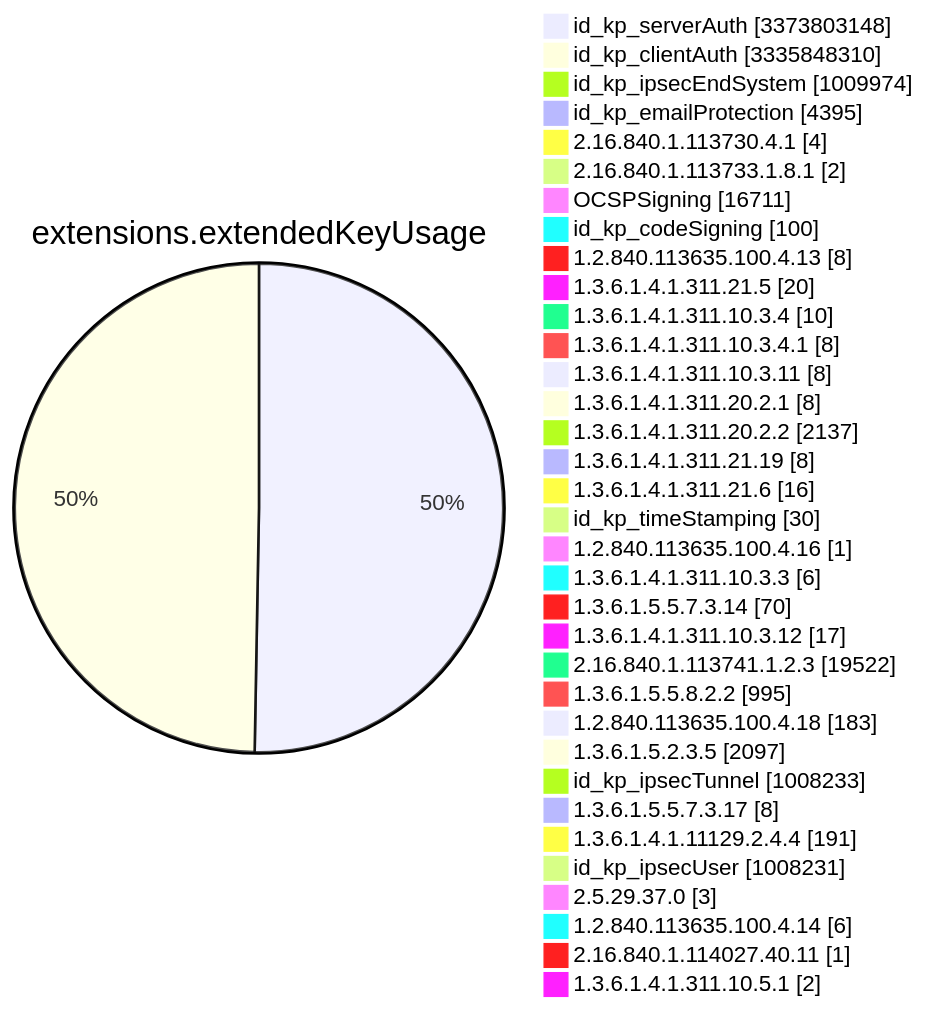
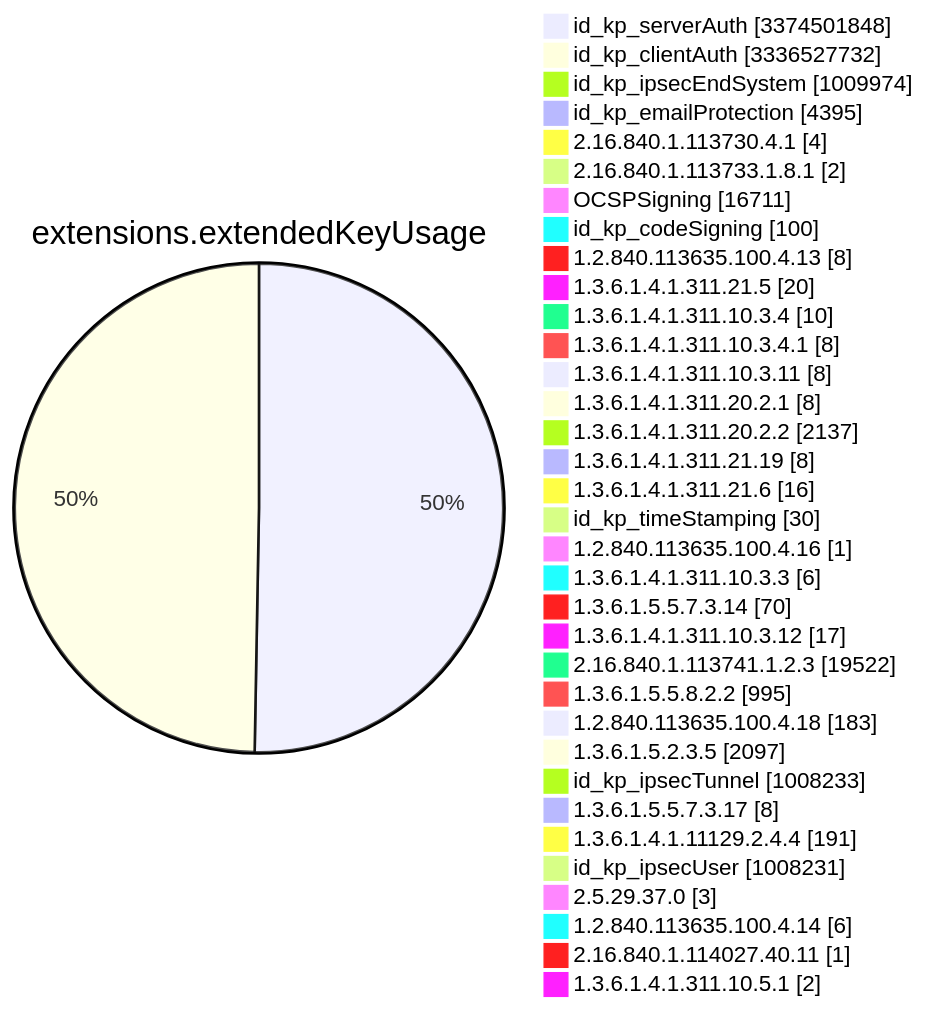
Before and after one commit to christiankrug/ctmonitor_visualization: diagram 11 of 15 in TOTAL/README.md, drawn with Mermaid. The commit also changed other lines of this file, not shown here.

````diff
--- a/TOTAL/README.md
+++ b/TOTAL/README.md
@@ -4120,38 +4120,38 @@
 ```mermaid
 pie showData
 title extensions.extendedKeyUsage
-"id_kp_serverAuth" :3373803148
-"id_kp_clientAuth" :3335848310
+"id_kp_serverAuth" :3374501848
+"id_kp_clientAuth" :3336527732
 "id_kp_ipsecEndSystem" :1009974
 "id_kp_emailProtection" :4395
 "2.16.840.1.113730.4.1" :4
 "2.16.840.1.113733.1.8.1" :2
 "OCSPSigning" :16711
 "id_kp_codeSigning" :100
 "1.2.840.113635.100.4.13" :8
 "1.3.6.1.4.1.311.21.5" :20
 "1.3.6.1.4.1.311.10.3.4" :10
 "1.3.6.1.4.1.311.10.3.4.1" :8
 "1.3.6.1.4.1.311.10.3.11" :8
 "1.3.6.1.4.1.311.20.2.1" :8
 "1.3.6.1.4.1.311.20.2.2" :2137
 "1.3.6.1.4.1.311.21.19" :8
 "1.3.6.1.4.1.311.21.6" :16
 "id_kp_timeStamping" :30
 "1.2.840.113635.100.4.16" :1
 "1.3.6.1.4.1.311.10.3.3" :6
 "1.3.6.1.5.5.7.3.14" :70
 "1.3.6.1.4.1.311.10.3.12" :17
 "2.16.840.1.113741.1.2.3" :19522
 "1.3.6.1.5.5.8.2.2" :995
 "1.2.840.113635.100.4.18" :183
 "1.3.6.1.5.2.3.5" :2097
 "id_kp_ipsecTunnel" :1008233
 "1.3.6.1.5.5.7.3.17" :8
 "1.3.6.1.4.1.11129.2.4.4" :191
 "id_kp_ipsecUser" :1008231
 "2.5.29.37.0" :3
 "1.2.840.113635.100.4.14" :6
 "2.16.840.1.114027.40.11" :1
 "1.3.6.1.4.1.311.10.5.1" :2
 ```
````
